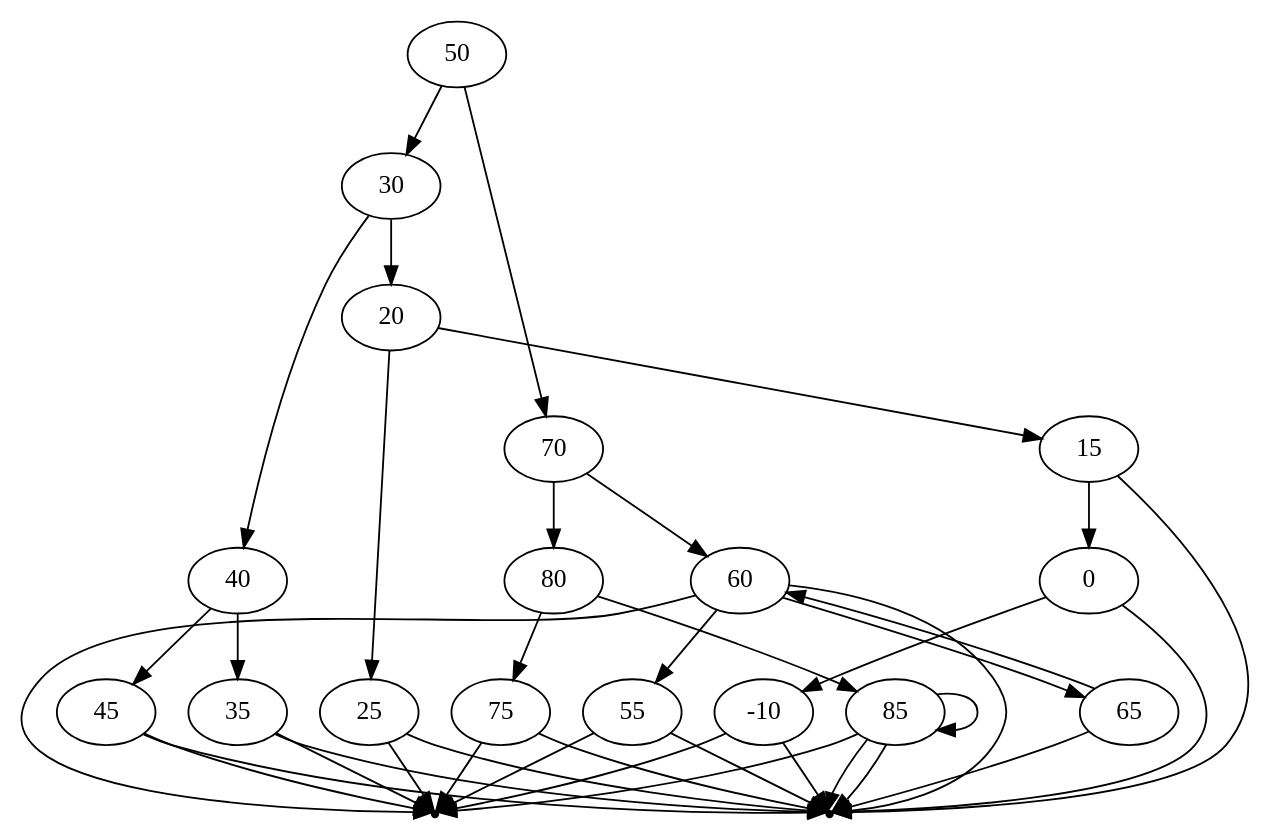
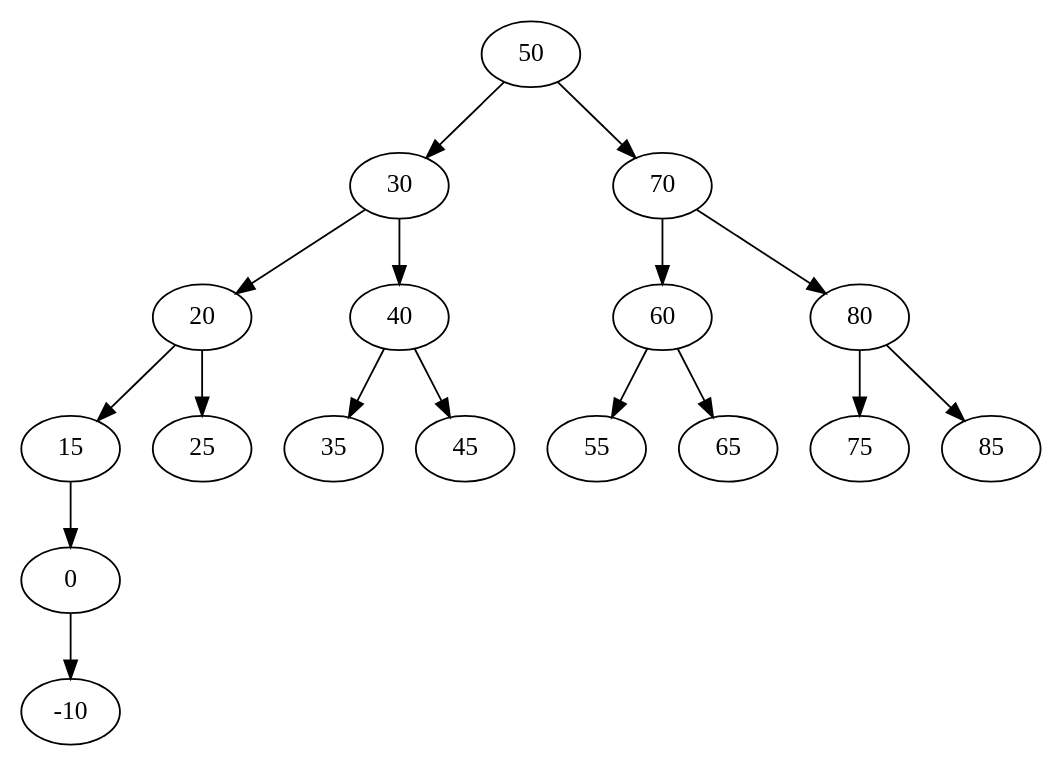
Before and after one commit to LirrK/algorithms-2: the diagram in tree.dot, drawn with Graphviz. The commit also changed 1 other file, not shown here.

```diff
--- a/tree.dot
+++ b/tree.dot
@@ -1,62 +1,20 @@
 digraph T {
 
 50->30;
 30->20;
 20->15;
 15->0;
 0->-10;
-nil0[shape=point];
--10->nil0;
-nil1[shape=point];
--10->nil1;
-nil0[shape=point];
-0->nil0;
-nil0[shape=point];
-15->nil0;
 20->25;
-nil0[shape=point];
-25->nil0;
-nil1[shape=point];
-25->nil1;
 30->40;
 40->35;
-nil0[shape=point];
-35->nil0;
-nil1[shape=point];
-35->nil1;
 40->45;
-nil0[shape=point];
-45->nil0;
-nil1[shape=point];
-45->nil1;
 50->70;
 70->60;
 60->55;
-nil0[shape=point];
-55->nil0;
-nil1[shape=point];
-55->nil1;
 60->65;
-65->60;
-nil0[shape=point];
-60->nil0;
-nil1[shape=point];
-60->nil1;
-nil0[shape=point];
-65->nil0;
 70->80;
 80->75;
-nil0[shape=point];
-75->nil0;
-nil1[shape=point];
-75->nil1;
 80->85;
-nil0[shape=point];
-85->nil0;
-85->85;
-nil0[shape=point];
-85->nil0;
-nil1[shape=point];
-85->nil1;
 
 }
```
